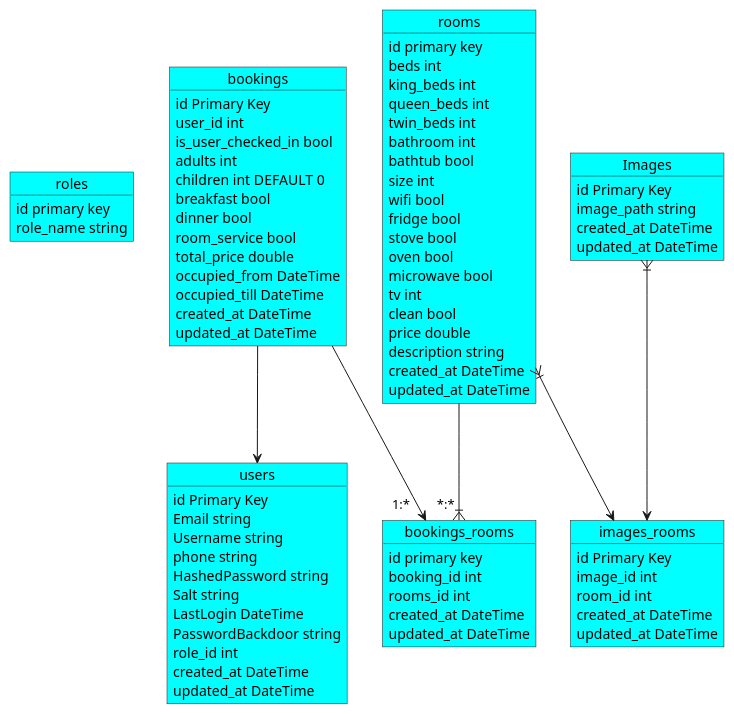
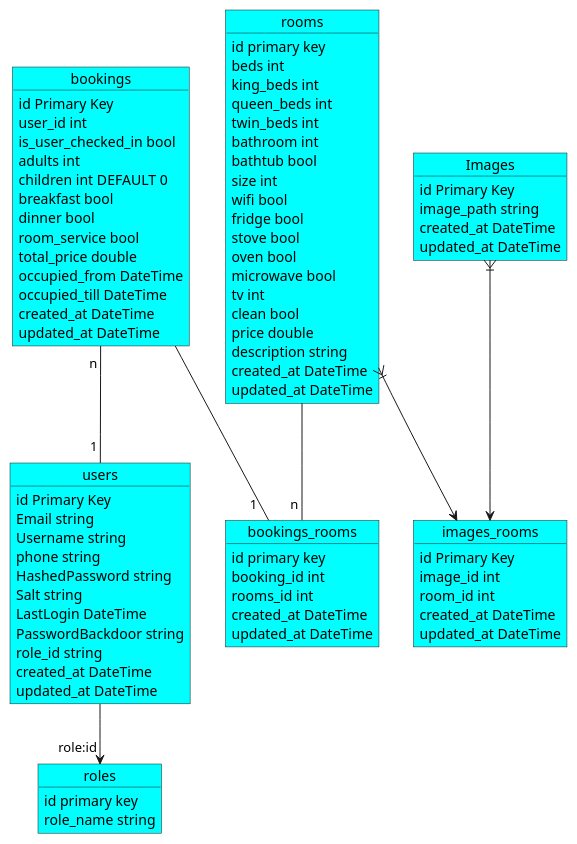
One commit to Mercantec-GHC/h2-projekt-h2-2025-gruppe-2 changed the diagram in API/Docs/DbDiagram.puml. Above: the diagram before and after it, drawn with PlantUML. The commit also changed 12 other files, not shown here.

```diff
--- a/API/Docs/DbDiagram.puml
+++ b/API/Docs/DbDiagram.puml
@@ -1,103 +1,105 @@
 @startuml
 'https://plantuml.com/sequence-diagram
 
 skinparam class{
     BackgroundColor LightGreen
 }
 
 skinparam object{
     BackgroundColor Cyan
 }
 
 skinparam json{
     BackgroundColor LightGreen
 }
 
 object roles {
 	id primary key
 	role_name string
 }
 
+
 object users {
 	id Primary Key
 	Email string
 	Username string
 	phone string
 	HashedPassword string
 	Salt string
 	LastLogin DateTime
 	PasswordBackdoor string
-	role_id int
+	role_id string
 	created_at DateTime
 	updated_at DateTime
 }
 
 object bookings {
 	id Primary Key
 	user_id int
 	is_user_checked_in bool
 	adults int
 	children int DEFAULT 0
 	breakfast bool
 	dinner bool
 	room_service bool
 	total_price double
 	occupied_from DateTime
 	occupied_till DateTime
 	created_at DateTime
 	updated_at DateTime
 }
 
 object rooms {
 	id primary key
 	beds int
 	king_beds int
 	queen_beds int
 	twin_beds int
 	bathroom int
 	bathtub bool
 	size int
 	wifi bool
 	fridge bool
 	stove bool
 	oven bool
 	microwave bool
 	tv int
 	clean bool
 	price double
 	description string
 	created_at DateTime
 	updated_at DateTime
 }
 
 'One-to-Many'
 object bookings_rooms {
 	id primary key
 	booking_id int
 	rooms_id int
 	created_at DateTime
 	updated_at DateTime
 }
 
 object Images {
 	id Primary Key
 	image_path string
 	created_at DateTime
 	updated_at DateTime
 }
 
 'Many-to-Many'
 object images_rooms{
 	id Primary Key
 	image_id int
 	room_id int
 	created_at DateTime
 	updated_at DateTime
 }
 
-rooms --|{ "*:* " bookings_rooms
-bookings --> "1:*   " bookings_rooms
-bookings --> users
+users --> "role:id" roles
+rooms -- "n " bookings_rooms
+bookings -- "1  " bookings_rooms
+bookings "n " -- "1 " users
 Images }|--> images_rooms
 rooms }|-->  images_rooms
 @enduml
```
